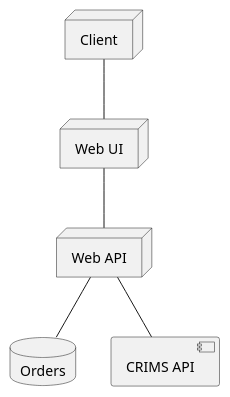
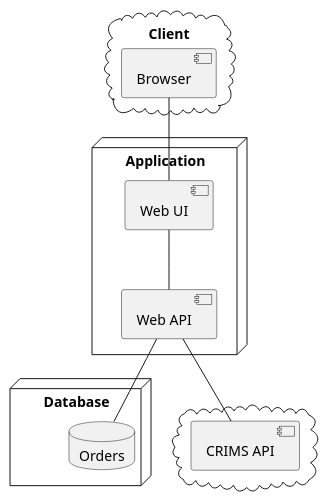
One commit to linus123/linus123.github.io changed the diagram in src/MarketExposure/001_CurrentState.puml. Above: the diagram before and after it, drawn with PlantUML. The commit also changed 6 other files, not shown here.

```diff
--- a/src/MarketExposure/001_CurrentState.puml
+++ b/src/MarketExposure/001_CurrentState.puml
@@ -1,18 +1,25 @@
 @startuml
 
-node Client
+cloud Client {
+    component Browser
+}
 
-node WebUI AS "Web UI"
+node Application {
+    component WebUI AS "Web UI"
+    component WebAPI AS "Web API"
+}
 
-node WebAPI AS "Web API"
+node Database {
+    database Orders
+}
 
-database Orders
+cloud {
+    component CRIMS_API AS "CRIMS API"
+}
 
-component CRIMS_API AS "CRIMS API"
-
-Client -- WebUI
-WebUI -- WebAPI
+Browser -- WebUI
 WebAPI -- Orders
 WebAPI -- CRIMS_API
+WebUI -- WebAPI
 
 @enduml
```
